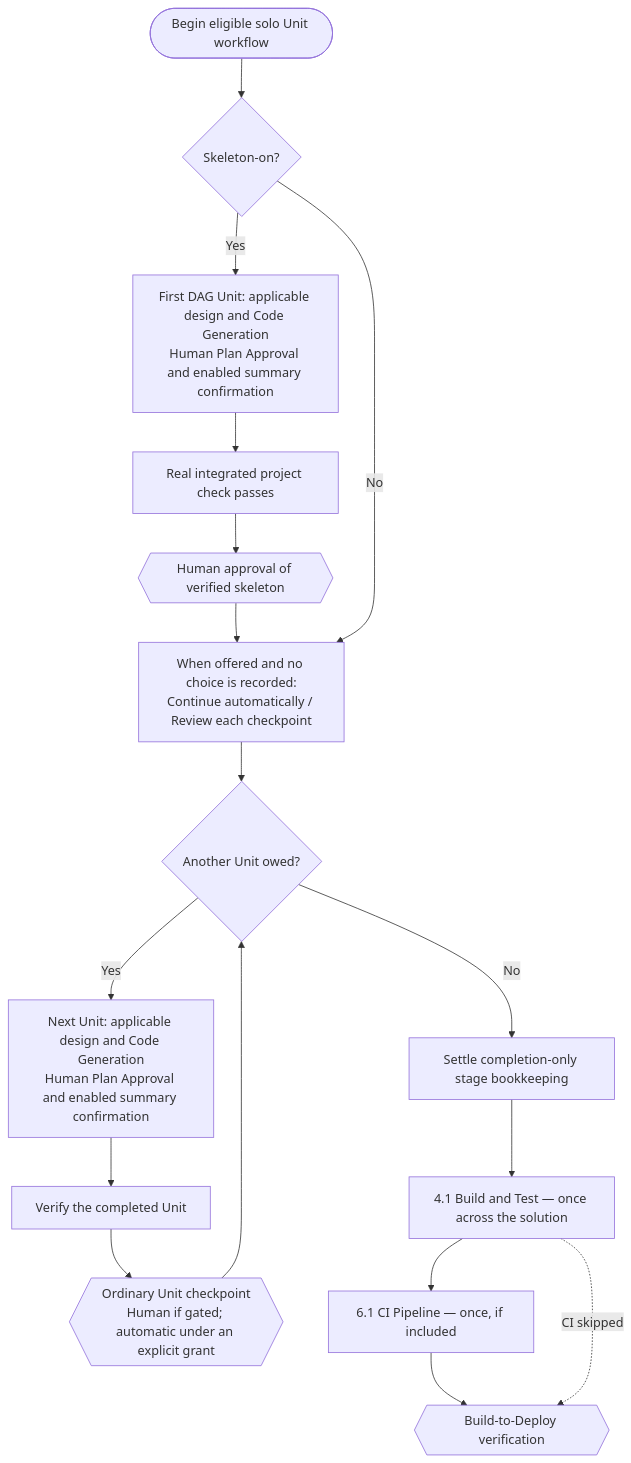
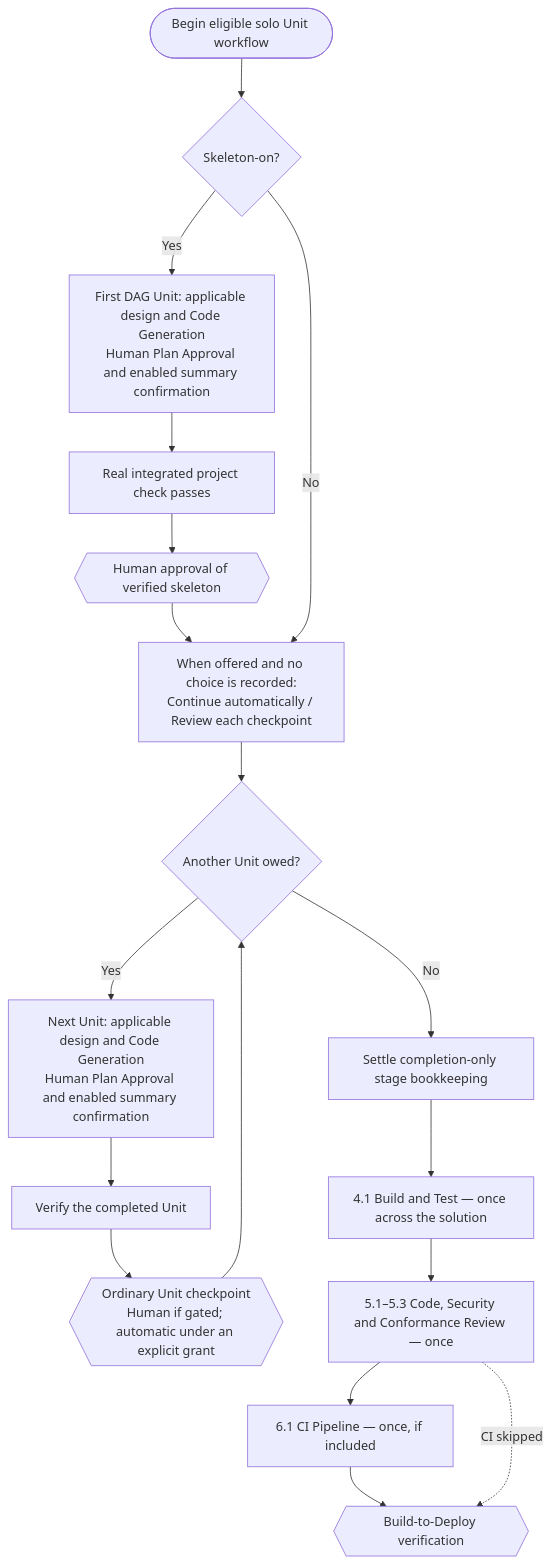
Before and after one commit to devsoftx/aidlc-workflows: the fourth of 6 diagrams in docs/guide/04-phases-and-stages.md, drawn with Mermaid. The commit also changed other lines of this file and 133 other files, not shown here.

````diff
--- a/docs/guide/04-phases-and-stages.md
+++ b/docs/guide/04-phases-and-stages.md
@@ -333,25 +333,26 @@
 ```mermaid
 flowchart TD
     START(["Begin eligible solo Unit workflow"])
     STANCE{"Skeleton-on?"}
     FIRST["First DAG Unit: applicable design and Code Generation<br/>Human Plan Approval and enabled summary confirmation"]
     INTEGRATED["Real integrated project check passes"]
     SKELETON{{"Human approval of verified skeleton"}}
     OFFER["When offered and no choice is recorded:<br/>Continue automatically / Review each checkpoint"]
     MORE{"Another Unit owed?"}
     UNIT["Next Unit: applicable design and Code Generation<br/>Human Plan Approval and enabled summary confirmation"]
     VERIFY["Verify the completed Unit"]
     CHECKPOINT{{"Ordinary Unit checkpoint<br/>Human if gated; automatic under an explicit grant"}}
     BOOK["Settle completion-only stage bookkeeping"]
     S41["4.1 Build and Test — once across the solution"]
+    SEC["5.1–5.3 Code, Security and Conformance Review — once"]
     S61["6.1 CI Pipeline — once, if included"]
     VG3{{"Build-to-Deploy verification"}}
     START --> STANCE
     STANCE -->|Yes| FIRST --> INTEGRATED --> SKELETON --> OFFER
     STANCE -->|No| OFFER
     OFFER --> MORE
     MORE -->|Yes| UNIT --> VERIFY --> CHECKPOINT --> MORE
     MORE -->|No| BOOK --> S41
-    S41 --> S61 --> VG3
-    S41 -.->|CI skipped| VG3
+    S41 --> SEC --> S61 --> VG3
+    SEC -.->|CI skipped| VG3
 ```
````
